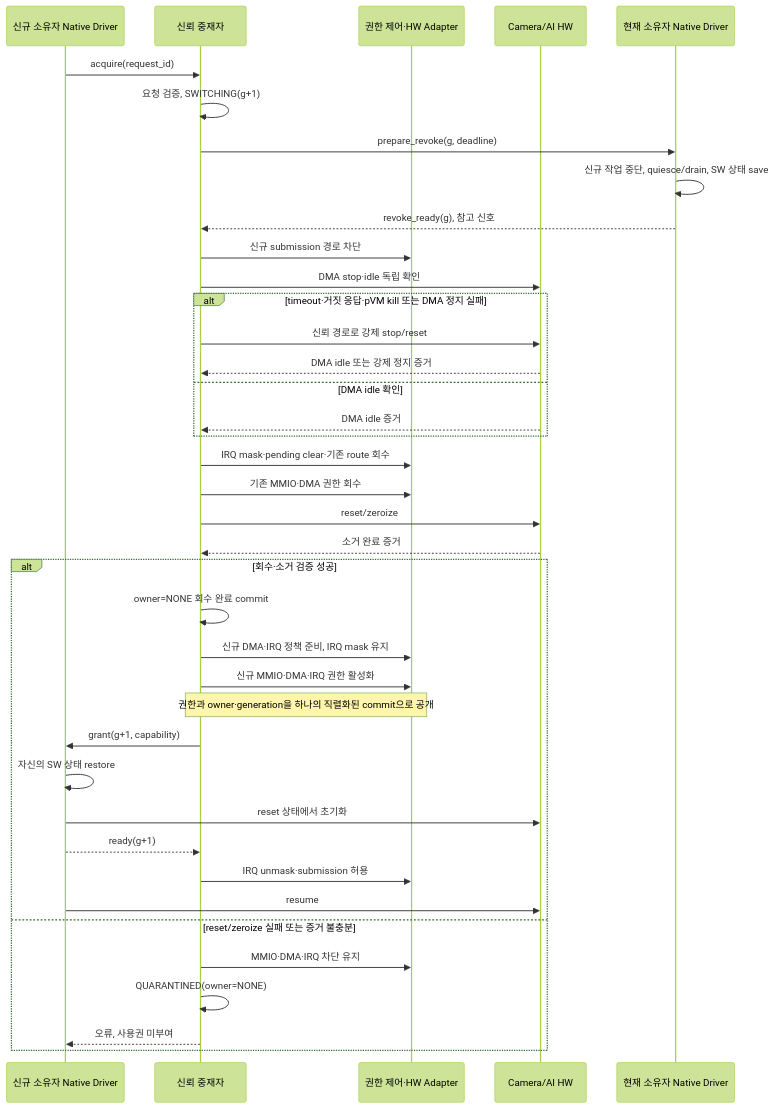
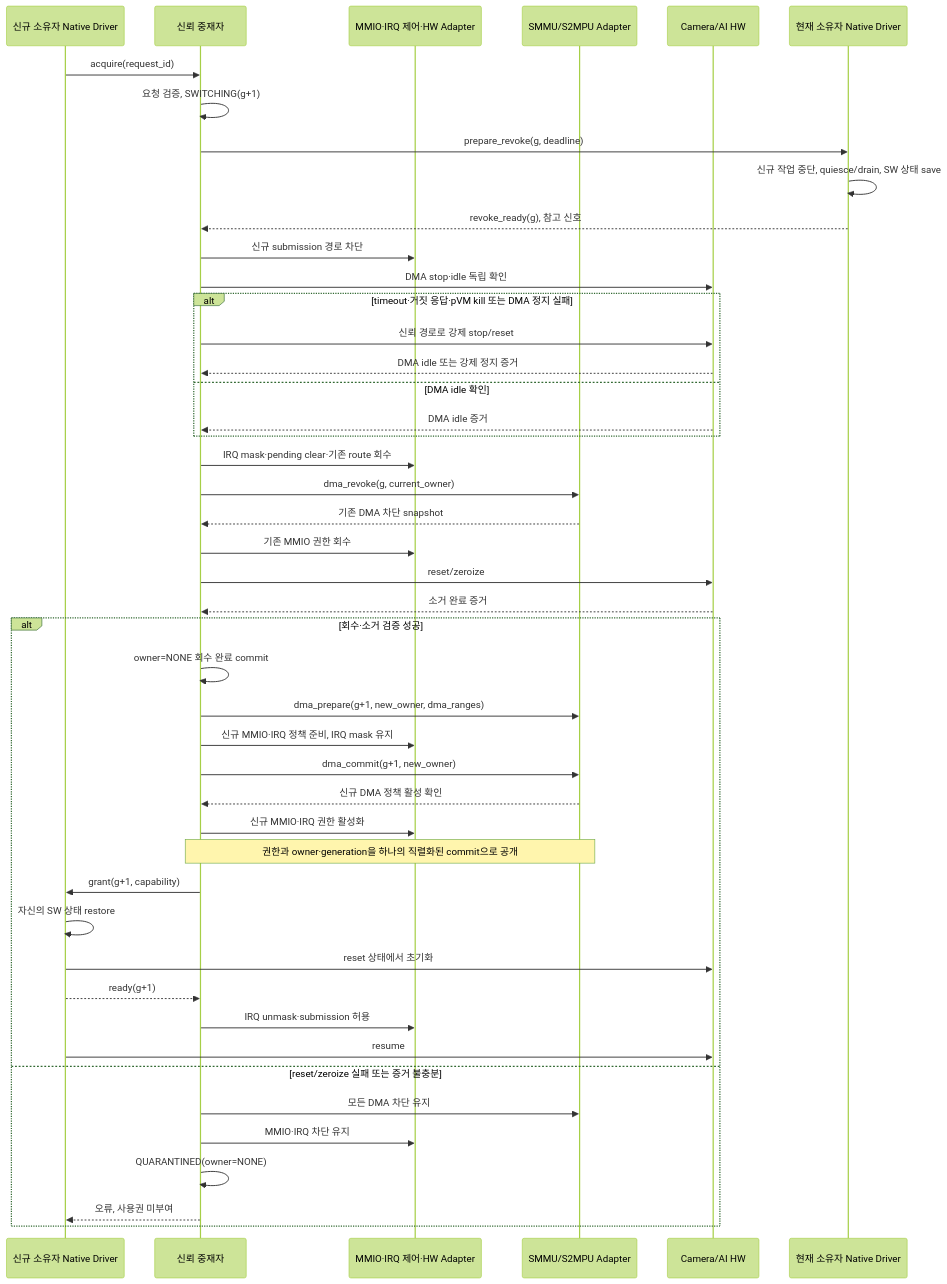
One commit to boram1288/test-p changed the second of 2 diagrams in docs-align/품질위협_문제1_HW공유_기밀데이터_노출.md. Above: the diagram before and after it, drawn with Mermaid (forest theme). The commit also changed other lines of this file, not shown here.

First line of the commit message:
SMMU 전환 추상동작과 PlantUML 추가

````diff
--- a/docs-align/품질위협_문제1_HW공유_기밀데이터_노출.md
+++ b/docs-align/품질위협_문제1_HW공유_기밀데이터_노출.md
@@ -162,44 +233,51 @@
 ```mermaid
 sequenceDiagram
     participant New as 신규 소유자 Native Driver
     participant Arb as 신뢰 중재자
-    participant Guard as 권한 제어·HW Adapter
+    participant Guard as MMIO·IRQ 제어·HW Adapter
+    participant SMMU as SMMU/S2MPU Adapter
     participant HW as Camera/AI HW
     participant Old as 현재 소유자 Native Driver
 
     New->>Arb: acquire(request_id)
     Arb->>Arb: 요청 검증, SWITCHING(g+1)
     Arb->>Old: prepare_revoke(g, deadline)
     Old->>Old: 신규 작업 중단, quiesce/drain, SW 상태 save
     Old-->>Arb: revoke_ready(g), 참고 신호
     Arb->>Guard: 신규 submission 경로 차단
     Arb->>HW: DMA stop·idle 독립 확인
 
     alt timeout·거짓 응답·pVM kill 또는 DMA 정지 실패
         Arb->>HW: 신뢰 경로로 강제 stop/reset
         HW-->>Arb: DMA idle 또는 강제 정지 증거
     else DMA idle 확인
         HW-->>Arb: DMA idle 증거
     end
 
     Arb->>Guard: IRQ mask·pending clear·기존 route 회수
-    Arb->>Guard: 기존 MMIO·DMA 권한 회수
+    Arb->>SMMU: dma_revoke(g, current_owner)
+    SMMU-->>Arb: 기존 DMA 차단 snapshot
+    Arb->>Guard: 기존 MMIO 권한 회수
     Arb->>HW: reset/zeroize
     HW-->>Arb: 소거 완료 증거
     alt 회수·소거 검증 성공
         Arb->>Arb: owner=NONE 회수 완료 commit
-        Arb->>Guard: 신규 DMA·IRQ 정책 준비, IRQ mask 유지
-        Arb->>Guard: 신규 MMIO·DMA·IRQ 권한 활성화
-        Note over Arb,Guard: 권한과 owner·generation을 하나의 직렬화된 commit으로 공개
+        Arb->>SMMU: dma_prepare(g+1, new_owner, dma_ranges)
+        Arb->>Guard: 신규 MMIO·IRQ 정책 준비, IRQ mask 유지
+        Arb->>SMMU: dma_commit(g+1, new_owner)
+        SMMU-->>Arb: 신규 DMA 정책 활성 확인
+        Arb->>Guard: 신규 MMIO·IRQ 권한 활성화
+        Note over Arb,SMMU: 권한과 owner·generation을 하나의 직렬화된 commit으로 공개
         Arb->>New: grant(g+1, capability)
         New->>New: 자신의 SW 상태 restore
         New->>HW: reset 상태에서 초기화
         New-->>Arb: ready(g+1)
         Arb->>Guard: IRQ unmask·submission 허용
         New->>HW: resume
     else reset/zeroize 실패 또는 증거 불충분
-        Arb->>Guard: MMIO·DMA·IRQ 차단 유지
+        Arb->>SMMU: 모든 DMA 차단 유지
+        Arb->>Guard: MMIO·IRQ 차단 유지
         Arb->>Arb: QUARANTINED(owner=NONE)
         Arb-->>New: 오류, 사용권 미부여
     end
 ```
````
